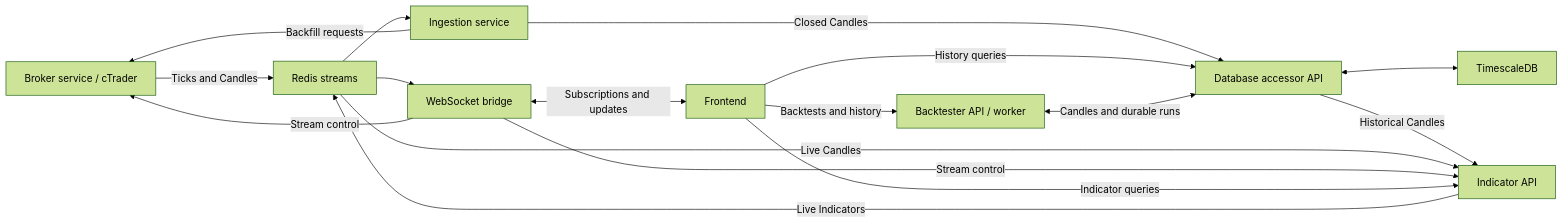
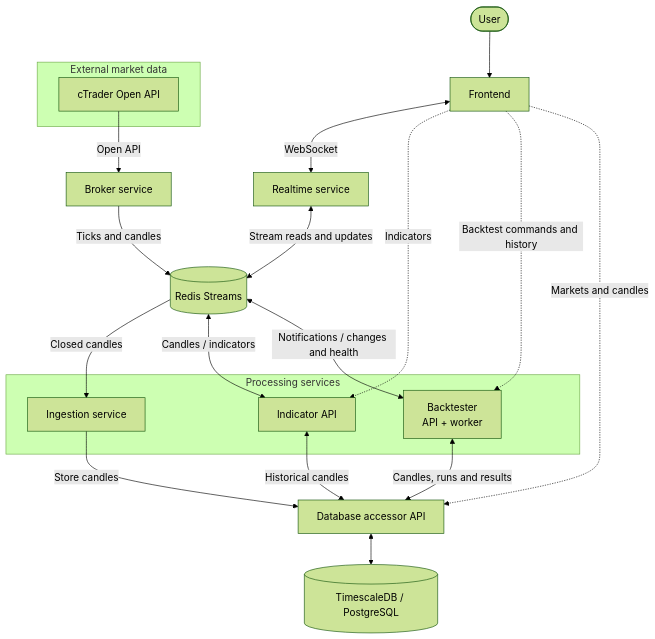
The diagram in README.md (s-stolz/algotrader), drawn with Mermaid (forest theme) before and after one commit. The commit also changed other lines of this file and 6 other files, not shown here.

First line of the commit message:
[Docs] Refresh architecture and realtime delivery overview

````diff
--- a/README.md
+++ b/README.md
@@ -15,19 +14,32 @@
 ```mermaid
-flowchart LR
-    Broker[Broker service / cTrader] -->|Ticks and Candles| Redis[Redis streams]
-    Redis --> Ingestion[Ingestion service]
-    Ingestion -->|Backfill requests| Broker
-    Ingestion -->|Closed Candles| DB[Database accessor API]
-    DB <--> Timescale[TimescaleDB]
-    DB -->|Historical Candles| Indicators[Indicator API]
-    Redis -->|Live Candles| Indicators
-    Indicators -->|Live Indicators| Redis
-    Redis --> Bridge[WebSocket bridge]
-    Bridge <-->|Subscriptions and updates| UI[Frontend]
-    Bridge -->|Stream control| Broker
-    Bridge -->|Stream control| Indicators
-    UI -->|History queries| DB
-    UI -->|Indicator queries| Indicators
-    UI -->|Backtests and history| Backtests[Backtester API / worker]
-    Backtests <-->|Candles and durable runs| DB
+flowchart TB
+    User([User]) --> UI[Frontend]
+    UI <-->|WebSocket| Realtime[Realtime service]
+
+    subgraph External[External market data]
+        CTrader[cTrader Open API]
+    end
+
+    CTrader -->|Open API| Broker[Broker service]
+    Realtime <-->|Stream reads and updates| Redis[(Redis Streams)]
+    Broker -->|Ticks and candles| Redis
+
+    subgraph Services[Processing services]
+        Ingestion[Ingestion service]
+        Indicators[Indicator API]
+        Backtests[Backtester<br/>API + worker]
+    end
+
+    Redis -->|Closed candles| Ingestion
+    Redis <-->|Candles / indicators| Indicators
+    Redis <-->|Notifications / changes and health| Backtests
+
+    UI -.->|Indicators| Indicators
+    UI -.->|Backtest commands and history| Backtests
+    UI -.->|Markets and candles| DB[Database accessor API]
+
+    Ingestion -->|Store candles| DB
+    Indicators <-->|Historical candles| DB
+    Backtests <-->|Candles, runs and results| DB
+    DB <--> Timescale[(TimescaleDB / PostgreSQL)]
 ```
````
